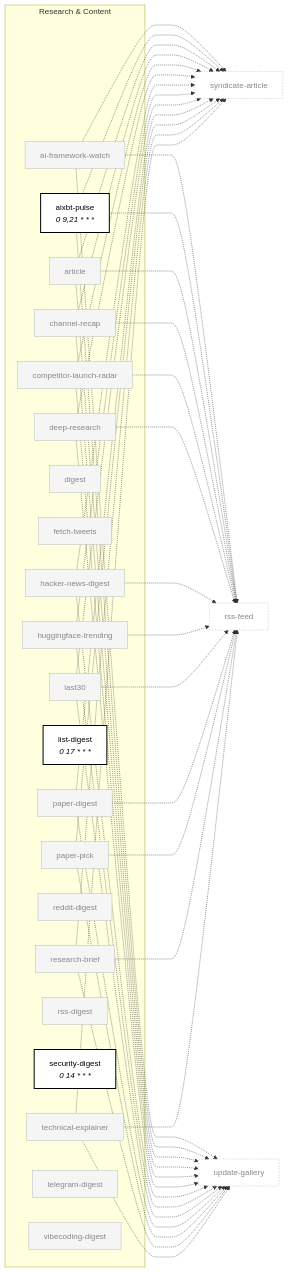
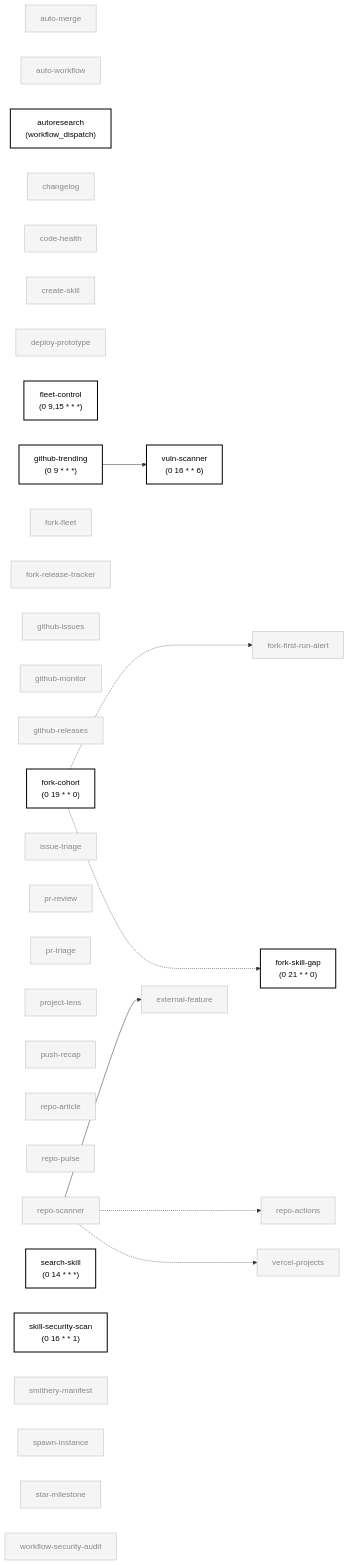
Before and after one commit to anajuliabit/aeon: the fourth of 7 diagrams in docs/skill-graph.md, drawn with Mermaid. The commit also changed other lines of this file and 2 other files, not shown here.

Commit message:
docs(skill-graph): regenerate map (RETIRED_SKILLS: -4 | SHARED_STATE_EDGES: 195->9)

````diff
--- a/docs/skill-graph.md
+++ b/docs/skill-graph.md
@@ -89,113 +132,117 @@
 ```mermaid
 flowchart LR
-    subgraph research_cluster["Research & Content"]
-      ai-framework-watch["ai-framework-watch"]
-      aixbt-pulse["aixbt-pulse<br/><i>0 9,21 * * *</i>"]
-      article["article"]
-      channel-recap["channel-recap"]
-      competitor-launch-radar["competitor-launch-radar"]
-      deep-research["deep-research"]
-      digest["digest"]
-      fetch-tweets["fetch-tweets"]
-      hacker-news-digest["hacker-news-digest"]
-      huggingface-trending["huggingface-trending"]
-      last30["last30"]
-      list-digest["list-digest<br/><i>0 17 * * *</i>"]
-      paper-digest["paper-digest"]
-      paper-pick["paper-pick"]
-      reddit-digest["reddit-digest"]
-      research-brief["research-brief"]
-      rss-digest["rss-digest"]
-      security-digest["security-digest<br/><i>0 14 * * *</i>"]
-      technical-explainer["technical-explainer"]
-      telegram-digest["telegram-digest"]
-      vibecoding-digest["vibecoding-digest"]
-    end
-    syndicate-article_ext["syndicate-article"]:::external
-    ai-framework-watch -..-> syndicate-article_ext
-    rss-feed_ext["rss-feed"]:::external
-    ai-framework-watch -..-> rss-feed_ext
-    update-gallery_ext["update-gallery"]:::external
-    ai-framework-watch -..-> update-gallery_ext
-    aixbt-pulse -..-> syndicate-article_ext
-    aixbt-pulse -..-> rss-feed_ext
-    aixbt-pulse -..-> update-gallery_ext
-    article -..-> syndicate-article_ext
-    article -..-> rss-feed_ext
-    article -..-> update-gallery_ext
-    channel-recap -..-> syndicate-article_ext
-    channel-recap -..-> rss-feed_ext
-    channel-recap -..-> update-gallery_ext
-    competitor-launch-radar -..-> syndicate-article_ext
-    competitor-launch-radar -..-> rss-feed_ext
-    competitor-launch-radar -..-> update-gallery_ext
-    deep-research -..-> syndicate-article_ext
-    deep-research -..-> rss-feed_ext
-    deep-research -..-> update-gallery_ext
-    hacker-news-digest -..-> syndicate-article_ext
-    hacker-news-digest -..-> rss-feed_ext
-    hacker-news-digest -..-> update-gallery_ext
-    huggingface-trending -..-> syndicate-article_ext
-    huggingface-trending -..-> rss-feed_ext
-    huggingface-trending -..-> update-gallery_ext
-    last30 -..-> syndicate-article_ext
-    last30 -..-> rss-feed_ext
-    last30 -..-> update-gallery_ext
-    paper-digest -..-> syndicate-article_ext
-    paper-digest -..-> rss-feed_ext
-    paper-digest -..-> update-gallery_ext
-    paper-pick -..-> syndicate-article_ext
-    paper-pick -..-> rss-feed_ext
-    paper-pick -..-> update-gallery_ext
-    research-brief -..-> syndicate-article_ext
-    research-brief -..-> rss-feed_ext
-    research-brief -..-> update-gallery_ext
-    technical-explainer -..-> syndicate-article_ext
-    technical-explainer -..-> rss-feed_ext
-    technical-explainer -..-> update-gallery_ext
-    class ai-framework-watch disabled
-    click ai-framework-watch "../skills/ai-framework-watch/SKILL.md"
-    class aixbt-pulse enabled
-    click aixbt-pulse "../skills/aixbt-pulse/SKILL.md"
-    class article disabled
-    click article "../skills/article/SKILL.md"
-    class channel-recap disabled
-    click channel-recap "../skills/channel-recap/SKILL.md"
-    class competitor-launch-radar disabled
-    click competitor-launch-radar "../skills/competitor-launch-radar/SKILL.md"
-    class deep-research disabled
-    click deep-research "../skills/deep-research/SKILL.md"
-    class digest disabled
-    click digest "../skills/digest/SKILL.md"
-    class fetch-tweets disabled
-    click fetch-tweets "../skills/fetch-tweets/SKILL.md"
-    class hacker-news-digest disabled
-    click hacker-news-digest "../skills/hacker-news-digest/SKILL.md"
-    class huggingface-trending disabled
-    click huggingface-trending "../skills/huggingface-trending/SKILL.md"
-    class last30 disabled
-    click last30 "../skills/last30/SKILL.md"
-    class list-digest enabled
-    click list-digest "../skills/list-digest/SKILL.md"
-    class paper-digest disabled
-    click paper-digest "../skills/paper-digest/SKILL.md"
-    class paper-pick disabled
-    click paper-pick "../skills/paper-pick/SKILL.md"
-    class reddit-digest disabled
-    click reddit-digest "../skills/reddit-digest/SKILL.md"
-    class research-brief disabled
-    click research-brief "../skills/research-brief/SKILL.md"
-    class rss-digest disabled
-    click rss-digest "../skills/rss-digest/SKILL.md"
-    class security-digest enabled
-    click security-digest "../skills/security-digest/SKILL.md"
-    class technical-explainer disabled
-    click technical-explainer "../skills/technical-explainer/SKILL.md"
-    class telegram-digest disabled
-    click telegram-digest "../skills/telegram-digest/SKILL.md"
-    class vibecoding-digest disabled
-    click vibecoding-digest "../skills/vibecoding-digest/SKILL.md"
-    classDef enabled fill:#fff,stroke:#000,stroke-width:2px,color:#000
-    classDef disabled fill:#f5f5f5,stroke:#bbb,color:#888
-    classDef external fill:none,stroke:#bbb,stroke-dasharray:3 3,color:#888
+  auto_merge["auto-merge"]
+  auto_workflow["auto-workflow"]
+  autoresearch["autoresearch<br/>(workflow_dispatch)"]
+  changelog["changelog"]
+  code_health["code-health"]
+  create_skill["create-skill"]
+  deploy_prototype["deploy-prototype"]
+  external_feature["external-feature"]
+  fleet_control["fleet-control<br/>(0 9,15 * * *)"]
+  fork_cohort["fork-cohort<br/>(0 19 * * 0)"]
+  fork_first_run_alert["fork-first-run-alert"]
+  fork_fleet["fork-fleet"]
+  fork_release_tracker["fork-release-tracker"]
+  fork_skill_gap["fork-skill-gap<br/>(0 21 * * 0)"]
+  github_issues["github-issues"]
+  github_monitor["github-monitor"]
+  github_releases["github-releases"]
+  github_trending["github-trending<br/>(0 9 * * *)"]
+  issue_triage["issue-triage"]
+  pr_review["pr-review"]
+  pr_triage["pr-triage"]
+  project_lens["project-lens"]
+  push_recap["push-recap"]
+  repo_actions["repo-actions"]
+  repo_article["repo-article"]
+  repo_pulse["repo-pulse"]
+  repo_scanner["repo-scanner"]
+  search_skill["search-skill<br/>(0 14 * * *)"]
+  skill_security_scan["skill-security-scan<br/>(0 16 * * 1)"]
+  smithery_manifest["smithery-manifest"]
+  spawn_instance["spawn-instance"]
+  star_milestone["star-milestone"]
+  vercel_projects["vercel-projects"]
+  vuln_scanner["vuln-scanner<br/>(0 16 * * 6)"]
+  workflow_security_audit["workflow-security-audit"]
+  github_trending --> vuln_scanner
+  repo_scanner --> external_feature
+  fork_cohort -..-> fork_first_run_alert
+  fork_cohort -..-> fork_skill_gap
+  repo_scanner -..-> repo_actions
+  repo_scanner -..-> vercel_projects
+  class auto_merge disabled
+  click auto_merge "../skills/auto-merge/SKILL.md"
+  class auto_workflow disabled
+  click auto_workflow "../skills/auto-workflow/SKILL.md"
+  class autoresearch enabled
+  click autoresearch "../skills/autoresearch/SKILL.md"
+  class changelog disabled
+  click changelog "../skills/changelog/SKILL.md"
+  class code_health disabled
+  click code_health "../skills/code-health/SKILL.md"
+  class create_skill disabled
+  click create_skill "../skills/create-skill/SKILL.md"
+  class deploy_prototype disabled
+  click deploy_prototype "../skills/deploy-prototype/SKILL.md"
+  class external_feature disabled
+  click external_feature "../skills/external-feature/SKILL.md"
+  class fleet_control enabled
+  click fleet_control "../skills/fleet-control/SKILL.md"
+  class fork_cohort enabled
+  click fork_cohort "../skills/fork-cohort/SKILL.md"
+  class fork_first_run_alert disabled
+  click fork_first_run_alert "../skills/fork-first-run-alert/SKILL.md"
+  class fork_fleet disabled
+  click fork_fleet "../skills/fork-fleet/SKILL.md"
+  class fork_release_tracker disabled
+  click fork_release_tracker "../skills/fork-release-tracker/SKILL.md"
+  class fork_skill_gap enabled
+  click fork_skill_gap "../skills/fork-skill-gap/SKILL.md"
+  class github_issues disabled
+  click github_issues "../skills/github-issues/SKILL.md"
+  class github_monitor disabled
+  click github_monitor "../skills/github-monitor/SKILL.md"
+  class github_releases disabled
+  click github_releases "../skills/github-releases/SKILL.md"
+  class github_trending enabled
+  click github_trending "../skills/github-trending/SKILL.md"
+  class issue_triage disabled
+  click issue_triage "../skills/issue-triage/SKILL.md"
+  class pr_review disabled
+  click pr_review "../skills/pr-review/SKILL.md"
+  class pr_triage disabled
+  click pr_triage "../skills/pr-triage/SKILL.md"
+  class project_lens disabled
+  click project_lens "../skills/project-lens/SKILL.md"
+  class push_recap disabled
+  click push_recap "../skills/push-recap/SKILL.md"
+  class repo_actions disabled
+  click repo_actions "../skills/repo-actions/SKILL.md"
+  class repo_article disabled
+  click repo_article "../skills/repo-article/SKILL.md"
+  class repo_pulse disabled
+  click repo_pulse "../skills/repo-pulse/SKILL.md"
+  class repo_scanner disabled
+  click repo_scanner "../skills/repo-scanner/SKILL.md"
+  class search_skill enabled
+  click search_skill "../skills/search-skill/SKILL.md"
+  class skill_security_scan enabled
+  click skill_security_scan "../skills/skill-security-scan/SKILL.md"
+  class smithery_manifest disabled
+  click smithery_manifest "../skills/smithery-manifest/SKILL.md"
+  class spawn_instance disabled
+  click spawn_instance "../skills/spawn-instance/SKILL.md"
+  class star_milestone disabled
+  click star_milestone "../skills/star-milestone/SKILL.md"
+  class vercel_projects disabled
+  click vercel_projects "../skills/vercel-projects/SKILL.md"
+  class vuln_scanner enabled
+  click vuln_scanner "../skills/vuln-scanner/SKILL.md"
+  class workflow_security_audit disabled
+  click workflow_security_audit "../skills/workflow-security-audit/SKILL.md"
+  classDef enabled fill:#fff,stroke:#000,stroke-width:2px,color:#000
+  classDef disabled fill:#f5f5f5,stroke:#bbb,color:#888
+  classDef external fill:none,stroke:#bbb,stroke-dasharray:3 3,color:#888
 ```
````
